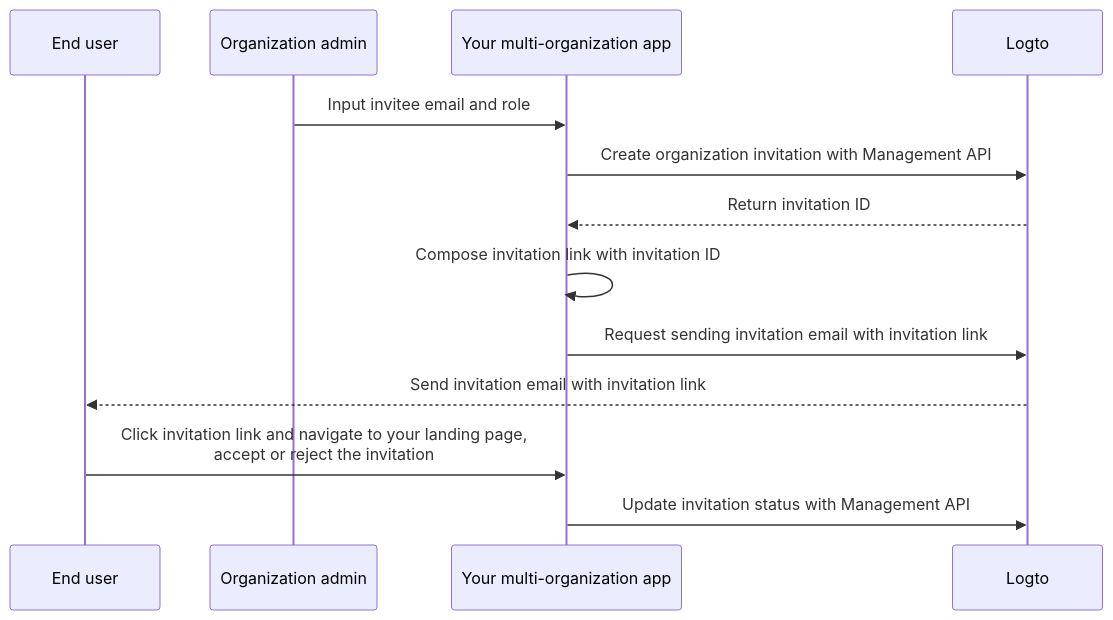
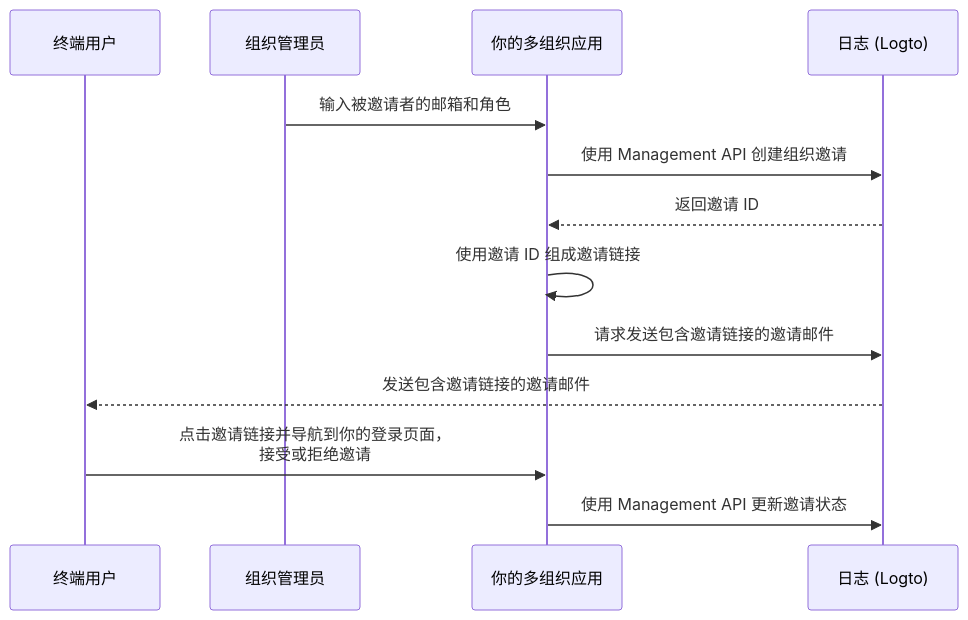
Before and after one commit to logto-io/docs: the diagram in i18n/zh-CN/docusaurus-plugin-content-docs/current/end-user-flows/organization-experience/invite-organization-members.mdx, drawn with Mermaid. The commit also changed other lines of this file and 449 other files, not shown here.

````diff
--- a/i18n/zh-CN/docusaurus-plugin-content-docs/current/end-user-flows/organization-experience/invite-organization-members.mdx
+++ b/i18n/zh-CN/docusaurus-plugin-content-docs/current/end-user-flows/organization-experience/invite-organization-members.mdx
@@ -13,16 +13,16 @@
 ```mermaid
 sequenceDiagram
-	Participant U as End user
-  Participant A as Organization admin
-  Participant C as Your multi-organization app
-	Participant L as Logto
+	Participant U as 终端用户
+  Participant A as 组织管理员
+  Participant C as 你的多组织应用
+	Participant L as 日志 (Logto)
 
-  A ->> C: Input invitee email and role
-  C ->> L: Create organization invitation with Management API
-  L -->> C: Return invitation ID
-  C ->> C: Compose invitation link with invitation ID
-  C ->> L: Request sending invitation email with invitation link
-  L -->> U: Send invitation email with invitation link
-  U ->> C: Click invitation link and navigate to your landing page,<br /> accept or reject the invitation
-  C ->> L: Update invitation status with Management API
+  A ->> C: 输入被邀请者的邮箱和角色
+  C ->> L: 使用 Management API 创建组织邀请
+  L -->> C: 返回邀请 ID
+  C ->> C: 使用邀请 ID 组成邀请链接
+  C ->> L: 请求发送包含邀请链接的邀请邮件
+  L -->> U: 发送包含邀请链接的邀请邮件
+  U ->> C: 点击邀请链接并导航到你的登录页面，<br />接受或拒绝邀请
+  C ->> L: 使用 Management API 更新邀请状态
 ```
````
